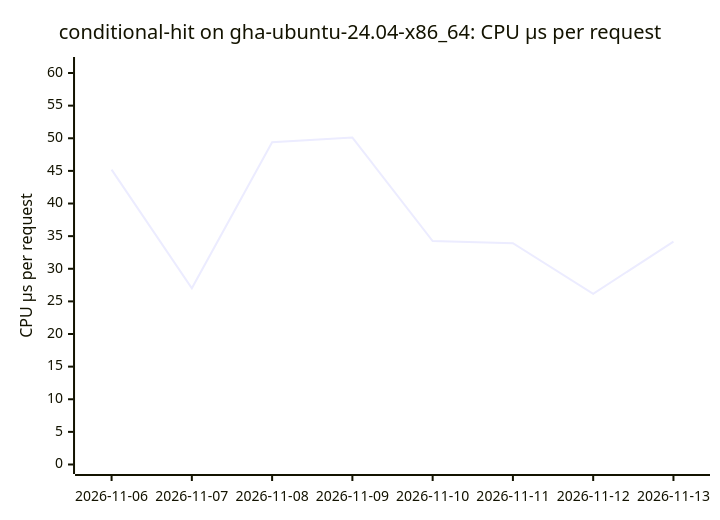
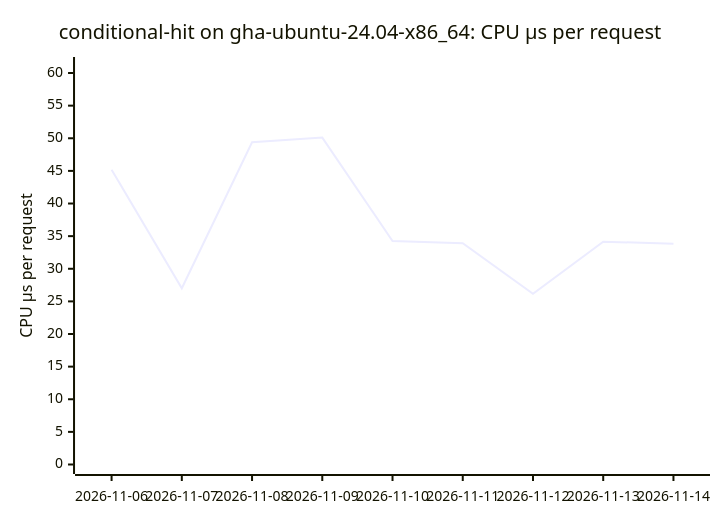
The eighth of 18 diagrams in BENCHMARKS.md (ThePixelPilgrim/durchlauferhitzer), drawn with Mermaid before and after one commit. The commit also changed other lines of this file and 1 other file, not shown here.

````diff
--- a/BENCHMARKS.md
+++ b/BENCHMARKS.md
@@ -96,7 +96,7 @@
 ```mermaid
 xychart-beta
   title "conditional-hit on gha-ubuntu-24.04-x86_64: CPU µs per request"
-  x-axis ["2026-11-06", "2026-11-07", "2026-11-08", "2026-11-09", "2026-11-10", "2026-11-11", "2026-11-12", "2026-11-13"]
+  x-axis ["2026-11-06", "2026-11-07", "2026-11-08", "2026-11-09", "2026-11-10", "2026-11-11", "2026-11-12", "2026-11-13", "2026-11-14"]
   y-axis "CPU µs per request" 0 --> 61
-  line [45.19, 27.01, 49.38, 50.10, 34.25, 33.91, 26.17, 34.15]
+  line [45.19, 27.01, 49.38, 50.10, 34.25, 33.91, 26.17, 34.15, 33.85]
 ```
````
